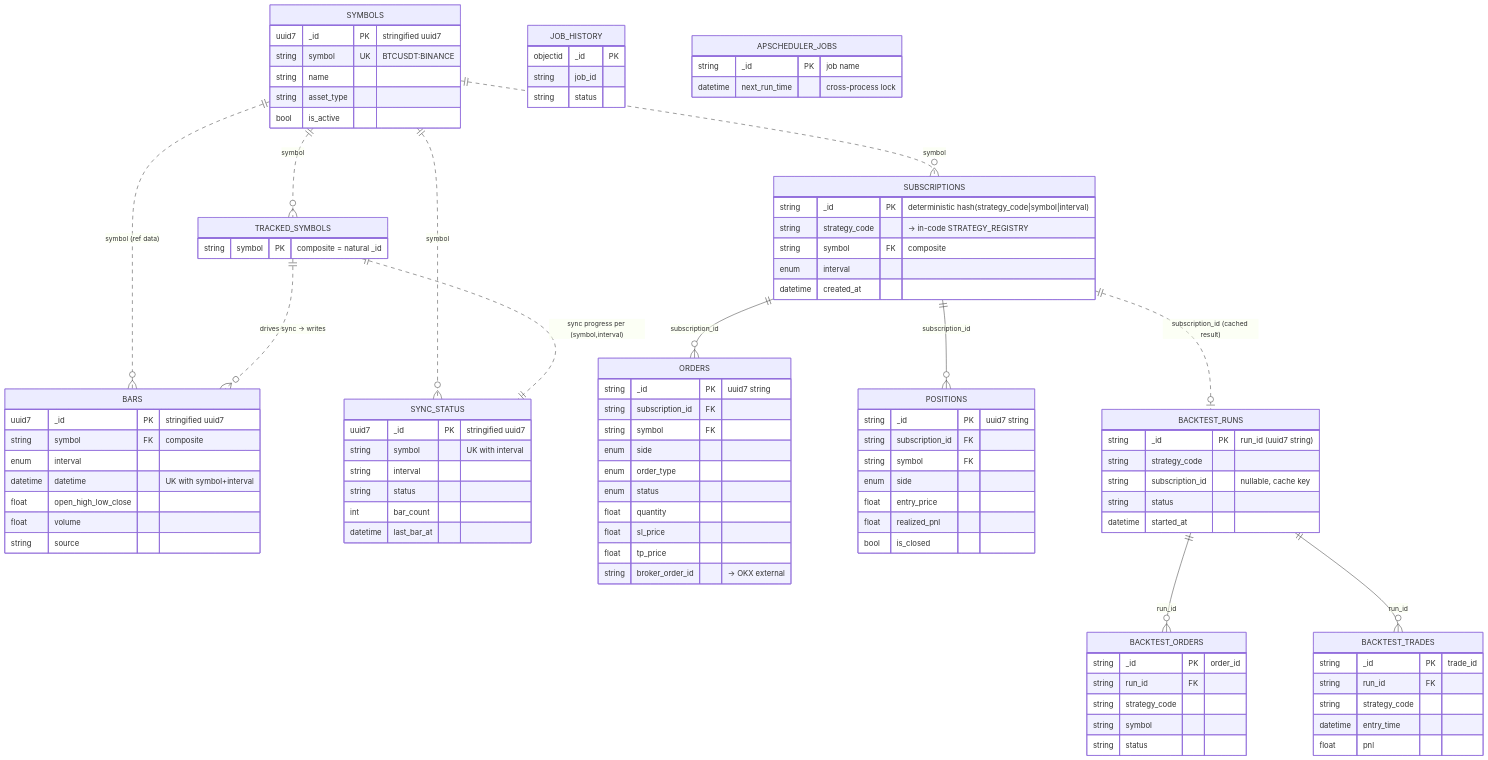
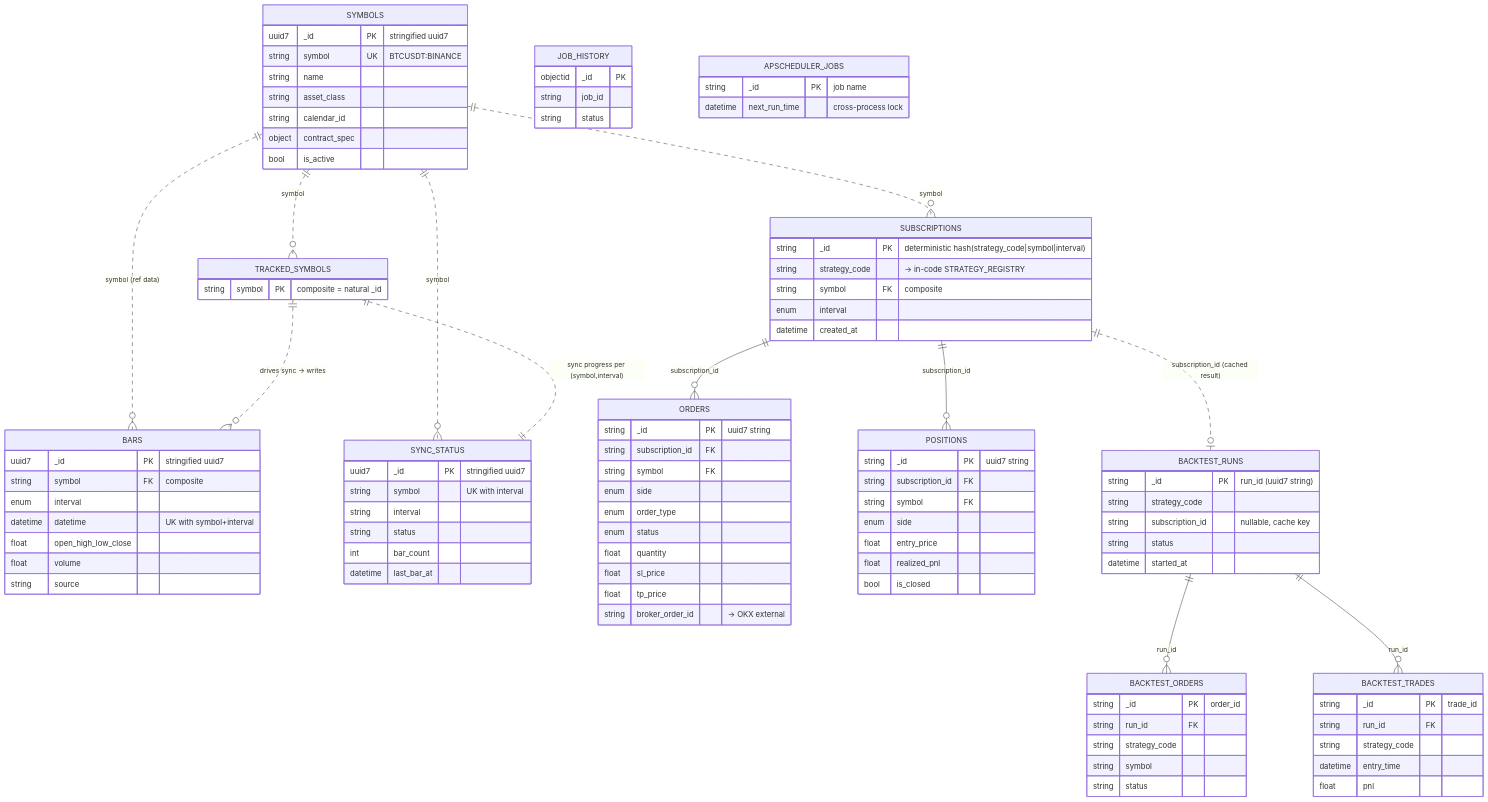
Before and after one commit to camping89/pocketquant: the diagram in docs/visuals/collection-erd.mmd, drawn with Mermaid. The commit also changed 4 other files, not shown here.

```diff
--- a/docs/visuals/collection-erd.mmd
+++ b/docs/visuals/collection-erd.mmd
@@ -1,100 +1,102 @@
 erDiagram
     SYMBOLS ||..o{ BARS : "symbol (ref data)"
     SYMBOLS ||..o{ SYNC_STATUS : "symbol"
     SYMBOLS ||..o{ TRACKED_SYMBOLS : "symbol"
     TRACKED_SYMBOLS ||..o{ BARS : "drives sync -> writes"
     TRACKED_SYMBOLS ||..|| SYNC_STATUS : "sync progress per (symbol,interval)"
 
     SUBSCRIPTIONS ||--o{ ORDERS : "subscription_id"
     SUBSCRIPTIONS ||--o{ POSITIONS : "subscription_id"
     SUBSCRIPTIONS ||..o| BACKTEST_RUNS : "subscription_id (cached result)"
     SYMBOLS ||..o{ SUBSCRIPTIONS : "symbol"
 
     BACKTEST_RUNS ||--o{ BACKTEST_ORDERS : "run_id"
     BACKTEST_RUNS ||--o{ BACKTEST_TRADES : "run_id"
 
     SYMBOLS {
         uuid7 _id PK "stringified uuid7"
         string symbol UK "BTCUSDT:BINANCE"
         string name
-        string asset_type
+        string asset_class
+        string calendar_id
+        object contract_spec
         bool is_active
     }
     BARS {
         uuid7 _id PK "stringified uuid7"
         string symbol FK "composite"
         enum interval
         datetime datetime "UK with symbol+interval"
         float open_high_low_close
         float volume
         string source
     }
     SYNC_STATUS {
         uuid7 _id PK "stringified uuid7"
         string symbol "UK with interval"
         string interval
         string status
         int bar_count
         datetime last_bar_at
     }
     TRACKED_SYMBOLS {
         string symbol PK "composite = natural _id"
     }
     SUBSCRIPTIONS {
         string _id PK "deterministic hash(strategy_code|symbol|interval)"
         string strategy_code "-> in-code STRATEGY_REGISTRY"
         string symbol FK "composite"
         enum interval
         datetime created_at
     }
     ORDERS {
         string _id PK "uuid7 string"
         string subscription_id FK
         string symbol FK
         enum side
         enum order_type
         enum status
         float quantity
         float sl_price
         float tp_price
         string broker_order_id "-> OKX external"
     }
     POSITIONS {
         string _id PK "uuid7 string"
         string subscription_id FK
         string symbol FK
         enum side
         float entry_price
         float realized_pnl
         bool is_closed
     }
     BACKTEST_RUNS {
         string _id PK "run_id (uuid7 string)"
         string strategy_code
         string subscription_id "nullable, cache key"
         string status
         datetime started_at
     }
     BACKTEST_ORDERS {
         string _id PK "order_id"
         string run_id FK
         string strategy_code
         string symbol
         string status
     }
     BACKTEST_TRADES {
         string _id PK "trade_id"
         string run_id FK
         string strategy_code
         datetime entry_time
         float pnl
     }
     JOB_HISTORY {
         objectid _id PK
         string job_id
         string status
     }
     APSCHEDULER_JOBS {
         string _id PK "job name"
         datetime next_run_time "cross-process lock"
     }
```
